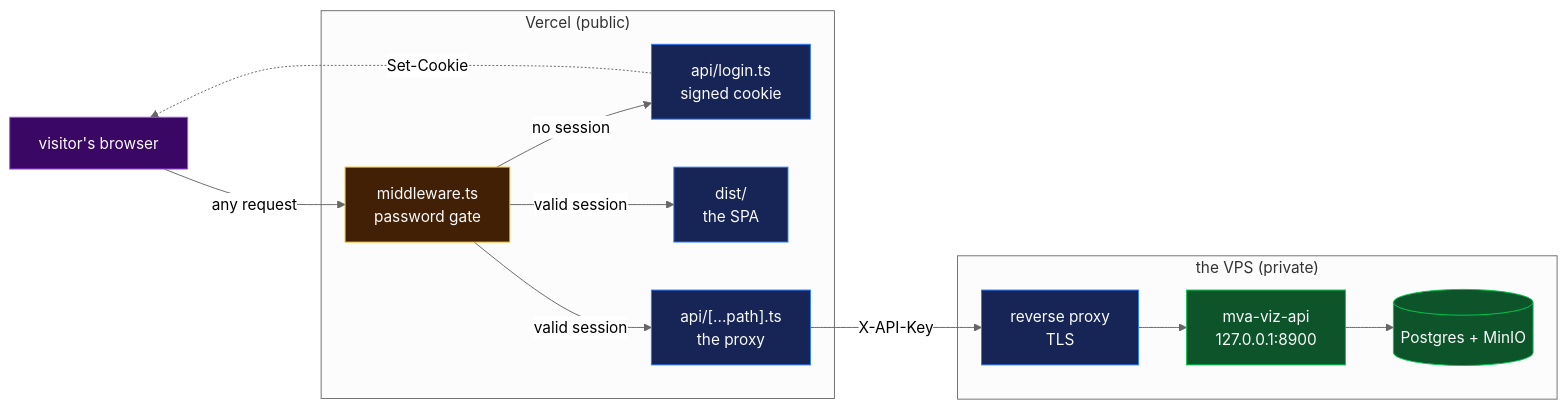
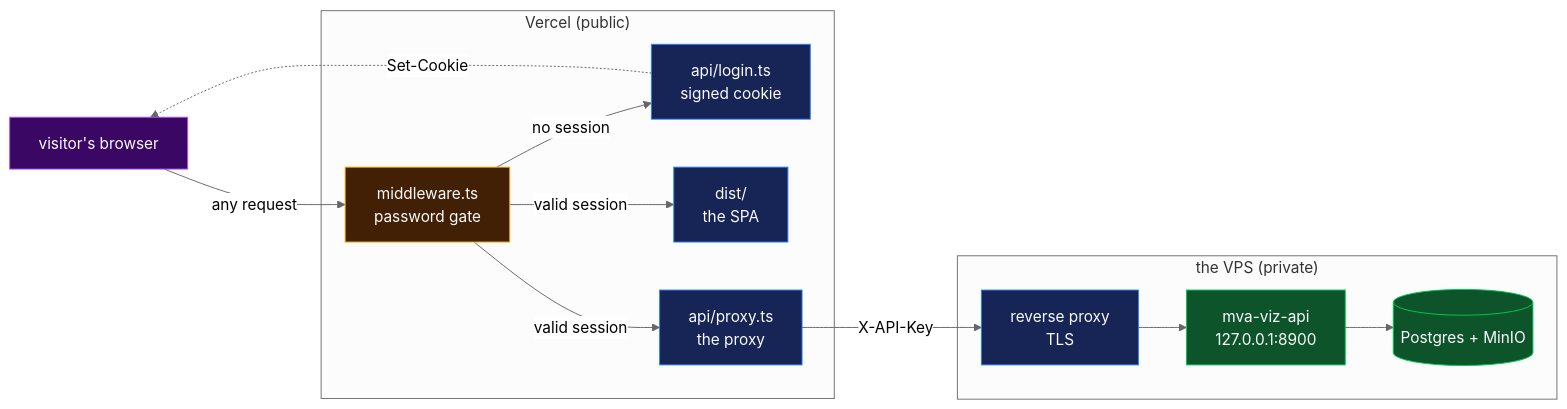
One commit to agharsallah/mva-hackathon changed the diagram in app/README.md. Above: the diagram before and after it, drawn with Mermaid (neutral theme). The commit also changed other lines of this file and 6 other files, not shown here.

````diff
--- a/app/README.md
+++ b/app/README.md
@@ -97,25 +97,25 @@
 ```mermaid
 flowchart LR
   V["visitor's browser"]:::raw
   subgraph EDGE["Vercel (public)"]
     M["middleware.ts<br/>password gate"]:::decision
     L["api/login.ts<br/>signed cookie"]:::machinery
     S["dist/<br/>the SPA"]:::machinery
-    P["api/[...path].ts<br/>the proxy"]:::machinery
+    P["api/proxy.ts<br/>the proxy"]:::machinery
   end
   subgraph VPS["the VPS (private)"]
     R["reverse proxy<br/>TLS"]:::machinery
     A["mva-viz-api<br/>127.0.0.1:8900"]:::good
     D[("Postgres + MinIO")]:::good
   end
   V -->|"any request"| M
   M -->|"no session"| L
   M -->|"valid session"| S
   M -->|"valid session"| P
   L -.->|"Set-Cookie"| V
   P -->|"X-API-Key"| R --> A --> D
   classDef raw fill:#3b0764,stroke:#a855f7,color:#fafafa
   classDef decision fill:#422006,stroke:#f0b100,color:#fafafa
   classDef machinery fill:#162456,stroke:#2b7fff,color:#fafafa
   classDef good fill:#0d542b,stroke:#00c950,color:#fafafa
 ```
````
